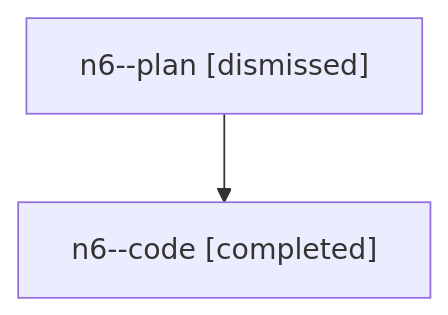
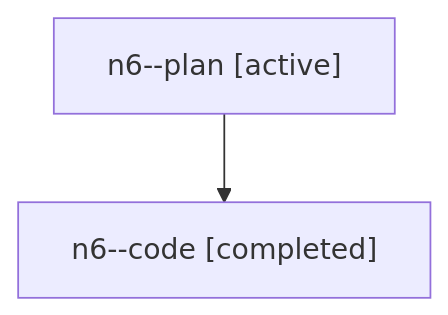
One commit to sase-org/sase--agents changed the diagram in families/bbugyi200.athena.n6.md. Above: the diagram before and after it, drawn with Mermaid. The commit also changed other lines of this file and 5813 other files, not shown here.

````diff
--- a/families/bbugyi200.athena.n6.md
+++ b/families/bbugyi200.athena.n6.md
@@ -9,6 +9,6 @@
 ```mermaid
 flowchart TD
-  n0["n6--plan [dismissed]"]
+  n0["n6--plan [active]"]
   n1["n6--code [completed]"]
   n0 --> n1
 ```
````
